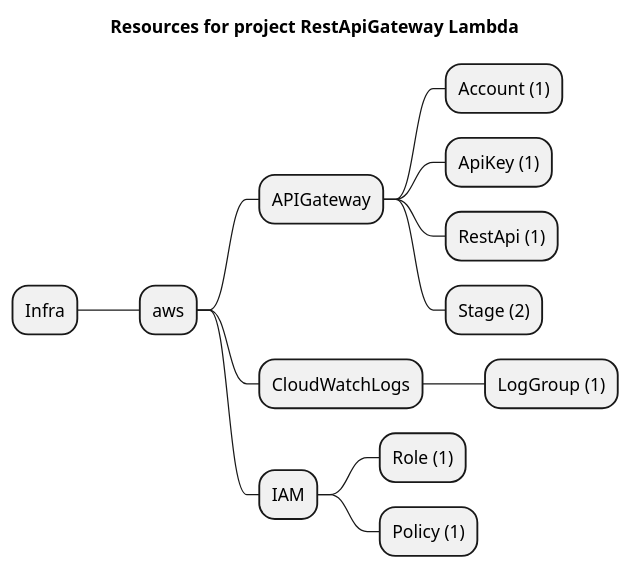
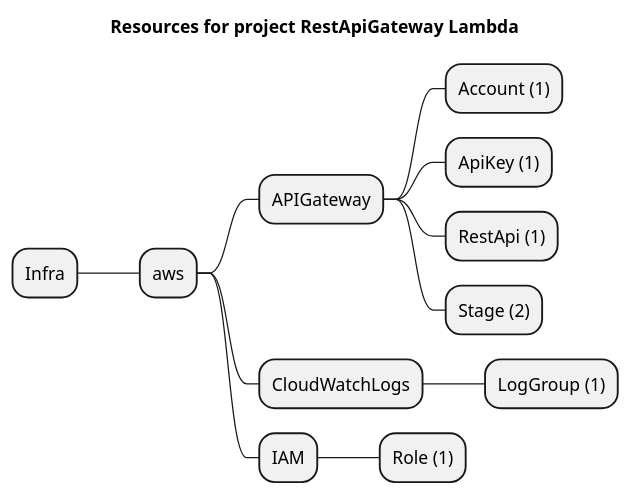
One commit to grucloud/grucloud changed the diagram in examples/aws/APIGateway/restapi-lambda/artifacts/resources-mindmap.puml. Above: the diagram before and after it, drawn with PlantUML. The commit also changed 969 other files, not shown here.

```diff
--- a/examples/aws/APIGateway/restapi-lambda/artifacts/resources-mindmap.puml
+++ b/examples/aws/APIGateway/restapi-lambda/artifacts/resources-mindmap.puml
@@ -1,16 +1,15 @@
 @startmindmap
 title Resources for project RestApiGateway Lambda
 skinparam monochrome true
 + Infra
 ++ aws
 +++ APIGateway
 ++++ Account (1)
 ++++ ApiKey (1)
 ++++ RestApi (1)
 ++++ Stage (2)
 +++ CloudWatchLogs
 ++++ LogGroup (1)
 +++ IAM
 ++++ Role (1)
-++++ Policy (1)
 @endmindmap
```
